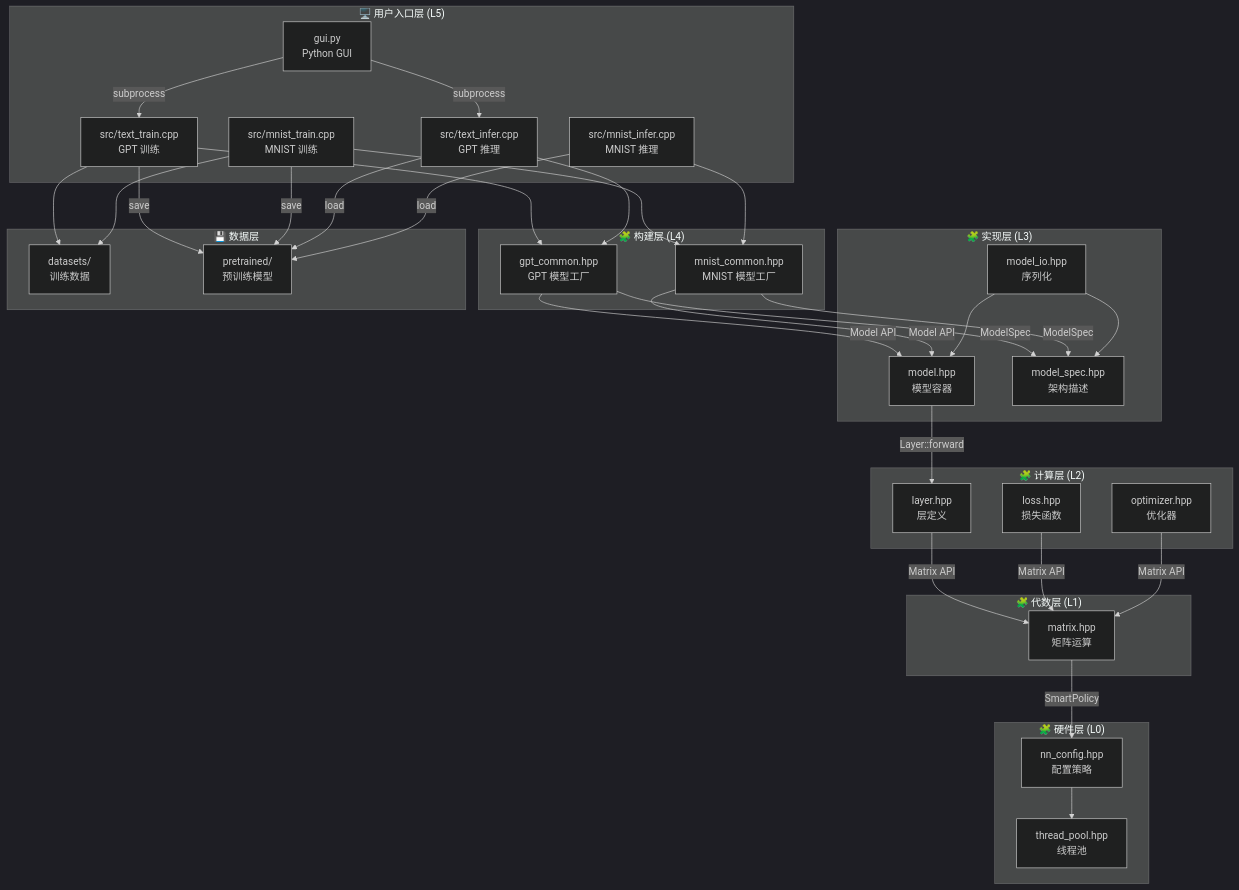
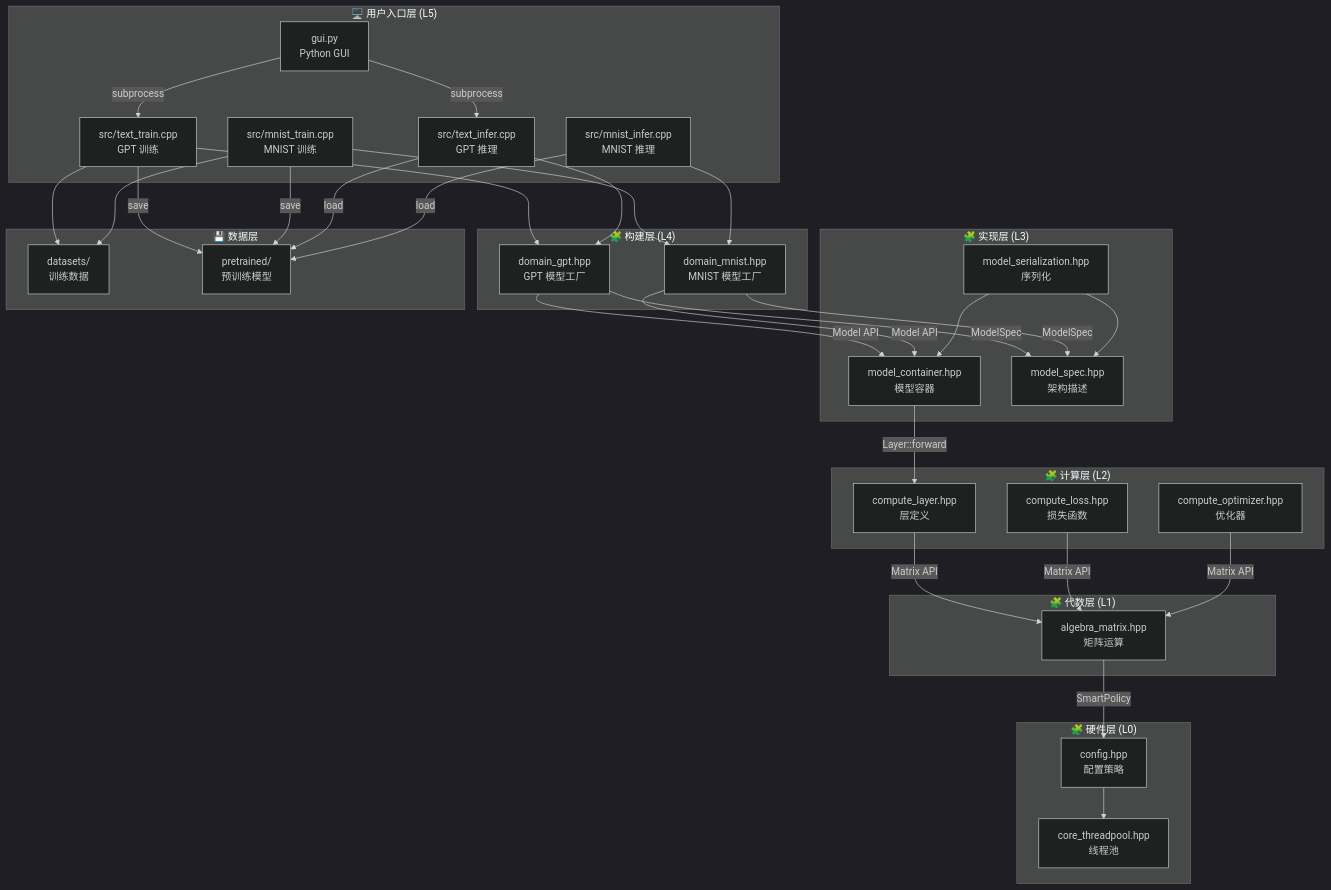
One commit to EthanPeng-2048/neuralnet.cpp changed the first of 13 diagrams in docs/ARCHITECTURE.md. Above: the diagram before and after it, drawn with Mermaid (dark theme). The commit also changed other lines of this file and 30 other files, not shown here.

````diff
--- a/docs/ARCHITECTURE.md
+++ b/docs/ARCHITECTURE.md
@@ -9,65 +9,65 @@
 ```mermaid
 graph TB
     subgraph "🖥️ 用户入口层 (L5)"
         A["gui.py<br/>Python GUI"]
         B["src/text_train.cpp<br/>GPT 训练"]
         C["src/text_infer.cpp<br/>GPT 推理"]
         B2["src/mnist_train.cpp<br/>MNIST 训练"]
         C2["src/mnist_infer.cpp<br/>MNIST 推理"]
     end
 
     subgraph "🧩 构建层 (L4)"
-        GPT["gpt_common.hpp<br/>GPT 模型工厂"]
-        MNIST["mnist_common.hpp<br/>MNIST 模型工厂"]
+        GPT["domain_gpt.hpp<br/>GPT 模型工厂"]
+        MNIST["domain_mnist.hpp<br/>MNIST 模型工厂"]
     end
 
     subgraph "🧩 实现层 (L3)"
-        E["model.hpp<br/>模型容器"]
-        J["model_io.hpp<br/>序列化"]
+        E["model_container.hpp<br/>模型容器"]
+        J["model_serialization.hpp<br/>序列化"]
         MS["model_spec.hpp<br/>架构描述"]
     end
 
     subgraph "🧩 计算层 (L2)"
-        F["layer.hpp<br/>层定义"]
-        G["loss.hpp<br/>损失函数"]
-        H["optimizer.hpp<br/>优化器"]
+        F["compute_layer.hpp<br/>层定义"]
+        G["compute_loss.hpp<br/>损失函数"]
+        H["compute_optimizer.hpp<br/>优化器"]
     end
 
     subgraph "🧩 代数层 (L1)"
-        I["matrix.hpp<br/>矩阵运算"]
+        I["algebra_matrix.hpp<br/>矩阵运算"]
     end
 
     subgraph "🧩 硬件层 (L0)"
-        K["nn_config.hpp<br/>配置策略"]
-        L["thread_pool.hpp<br/>线程池"]
+        K["config.hpp<br/>配置策略"]
+        L["core_threadpool.hpp<br/>线程池"]
     end
 
     subgraph "💾 数据层"
         M["datasets/<br/>训练数据"]
         N["pretrained/<br/>预训练模型"]
     end
 
     A -->|"subprocess"| B & C
     B --> GPT
     C --> GPT
     B2 --> MNIST
     C2 --> MNIST
     GPT -->|"Model API"| E
     MNIST -->|"Model API"| E
     GPT -->|"ModelSpec"| MS
     MNIST -->|"ModelSpec"| MS
     E -->|"Layer::forward"| F
     J --> E
     J --> MS
     F -->|"Matrix API"| I
     G -->|"Matrix API"| I
     H -->|"Matrix API"| I
     I -->|"SmartPolicy"| K
     K --> L
     B --> M
     B2 --> M
     B -->|"save"| N
     B2 -->|"save"| N
     C -->|"load"| N
     C2 -->|"load"| N
 ```
````
